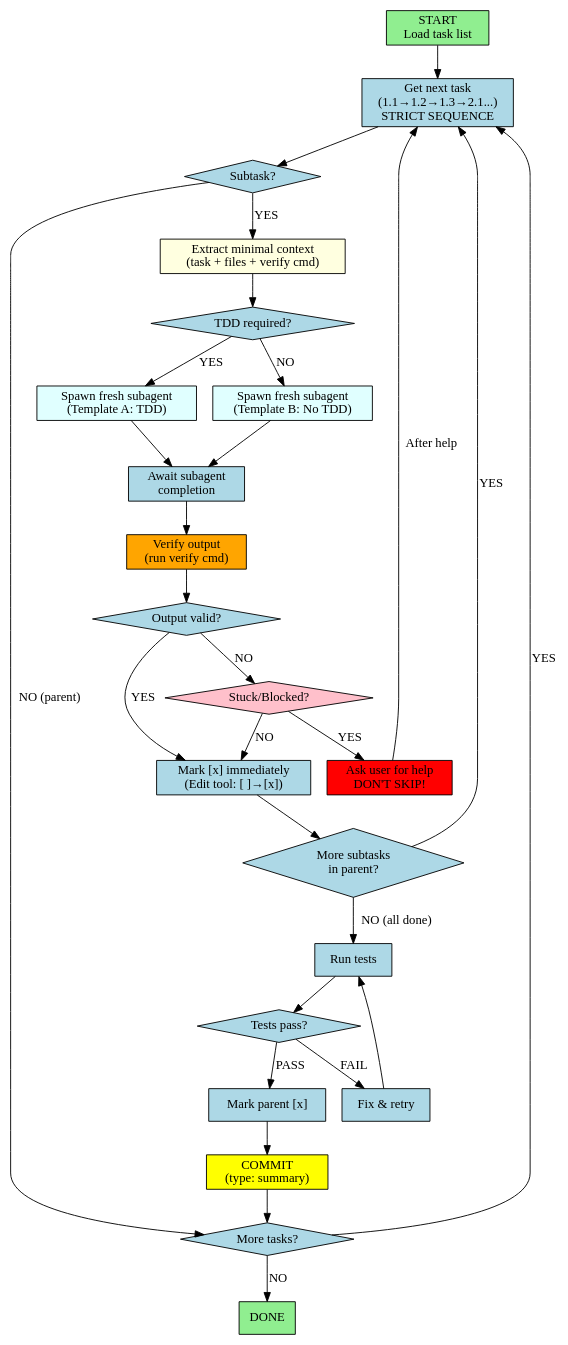
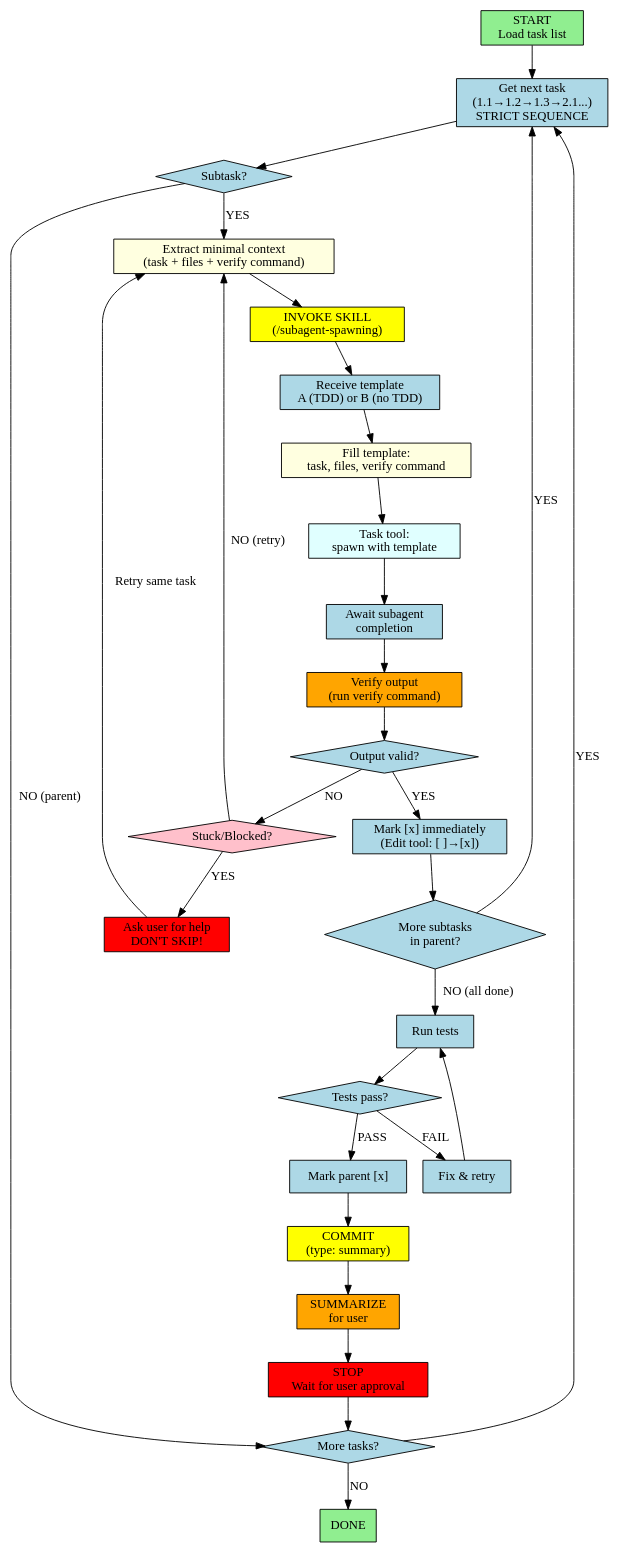
One commit to amrhas82/agentic-toolkit changed the diagram in ai/subagentic/claude/agents/3-process-task-list.md. Above: the diagram before and after it, drawn with Graphviz. The commit also changed other lines of this file and 64 other files, not shown here.

````diff
--- a/ai/subagentic/claude/agents/3-process-task-list.md
+++ b/ai/subagentic/claude/agents/3-process-task-list.md
@@ -13,56 +25,61 @@
 ```dot
 digraph ProcessTaskList {
   rankdir=TB;
   node [shape=box, style=filled, fillcolor=lightblue];
 
   start [label="START\nLoad task list", fillcolor=lightgreen];
   get_next [label="Get next task\n(1.1→1.2→1.3→2.1...)\nSTRICT SEQUENCE"];
   is_subtask [label="Subtask?", shape=diamond];
-  extract_context [label="Extract minimal context\n(task + files + verify cmd)", fillcolor=lightyellow];
-  check_tdd [label="TDD required?", shape=diamond];
-  spawn_tdd [label="Spawn fresh subagent\n(Template A: TDD)", fillcolor=lightcyan];
-  spawn_no_tdd [label="Spawn fresh subagent\n(Template B: No TDD)", fillcolor=lightcyan];
+  extract_context [label="Extract minimal context\n(task + files + verify command)", fillcolor=lightyellow];
+  invoke_skill [label="INVOKE SKILL\n(/subagent-spawning)", fillcolor=yellow];
+  get_template [label="Receive template\nA (TDD) or B (no TDD)"];
+  fill_template [label="Fill template:\ntask, files, verify command", fillcolor=lightyellow];
+  spawn_task [label="Task tool:\nspawn with template", fillcolor=lightcyan];
   await_result [label="Await subagent\ncompletion"];
-  verify_output [label="Verify output\n(run verify cmd)", fillcolor=orange];
+  verify_output [label="Verify output\n(run verify command)", fillcolor=orange];
   output_valid [label="Output valid?", shape=diamond];
   stuck [label="Stuck/Blocked?", shape=diamond, fillcolor=pink];
   ask_help [label="Ask user for help\nDON'T SKIP!", fillcolor=red];
   mark_subtask [label="Mark [x] immediately\n(Edit tool: [ ]→[x])"];
   more_subtasks [label="More subtasks\nin parent?", shape=diamond];
   run_tests [label="Run tests"];
   tests_pass [label="Tests pass?", shape=diamond];
   fix_tests [label="Fix & retry"];
   mark_parent [label="Mark parent [x]"];
   commit [label="COMMIT\n(type: summary)", fillcolor=yellow];
+  summarize [label="SUMMARIZE\nfor user", fillcolor=orange];
+  wait_approval [label="STOP\nWait for user approval", fillcolor=red];
   more_tasks [label="More tasks?", shape=diamond];
   done [label="DONE", fillcolor=lightgreen];
 
   start -> get_next;
   get_next -> is_subtask;
   is_subtask -> extract_context [label="YES"];
   is_subtask -> more_tasks [label="NO (parent)"];
-  extract_context -> check_tdd;
-  check_tdd -> spawn_tdd [label="YES"];
-  check_tdd -> spawn_no_tdd [label="NO"];
-  spawn_tdd -> await_result;
-  spawn_no_tdd -> await_result;
+  extract_context -> invoke_skill;
+  invoke_skill -> get_template;
+  get_template -> fill_template;
+  fill_template -> spawn_task;
+  spawn_task -> await_result;
   await_result -> verify_output;
   verify_output -> output_valid;
   output_valid -> stuck [label="NO"];
   output_valid -> mark_subtask [label="YES"];
   stuck -> ask_help [label="YES"];
-  stuck -> mark_subtask [label="NO"];
-  ask_help -> get_next [label="After help"];
+  stuck -> extract_context [label="NO (retry)"];
+  ask_help -> extract_context [label="Retry same task"];
   mark_subtask -> more_subtasks;
   more_subtasks -> get_next [label="YES"];
   more_subtasks -> run_tests [label="NO (all done)"];
   run_tests -> tests_pass;
   tests_pass -> fix_tests [label="FAIL"];
   tests_pass -> mark_parent [label="PASS"];
   fix_tests -> run_tests;
   mark_parent -> commit;
-  commit -> more_tasks;
+  commit -> summarize;
+  summarize -> wait_approval;
+  wait_approval -> more_tasks;
   more_tasks -> get_next [label="YES"];
   more_tasks -> done [label="NO"];
 }
 ```
````
